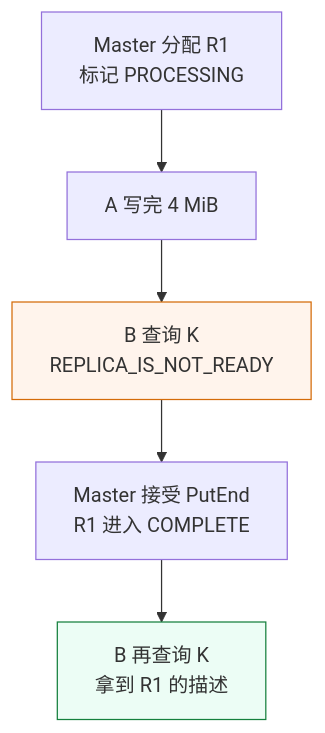
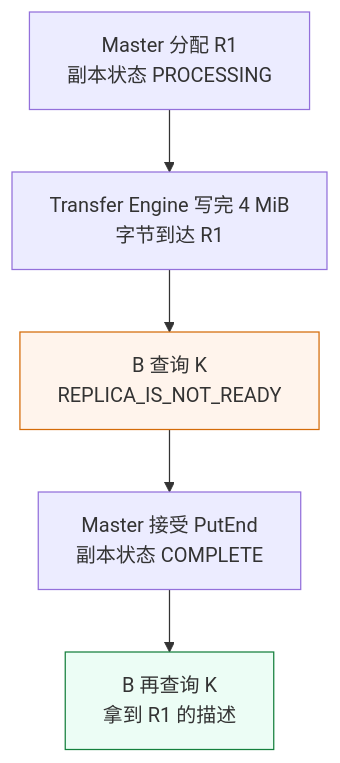
Before and after one commit to Hansyangxingxiang/Mooncake: the diagram in mooncake-kv-cache-series/wechat/03-put-visibility.md, drawn with Mermaid. The commit also changed other lines of this file and 10 other files, not shown here.

````diff
--- a/mooncake-kv-cache-series/wechat/03-put-visibility.md
+++ b/mooncake-kv-cache-series/wechat/03-put-visibility.md
@@ -17,12 +19,12 @@
 ```mermaid
 flowchart TB
-    S["Master 分配 R1<br/>标记 PROCESSING"]
-    W["A 写完 4 MiB"]
+    S["Master 分配 R1<br/>副本状态 PROCESSING"]
+    W["Transfer Engine 写完 4 MiB<br/>字节到达 R1"]
     Q1["B 查询 K<br/>REPLICA_IS_NOT_READY"]
-    E["Master 接受 PutEnd<br/>R1 进入 COMPLETE"]
+    E["Master 接受 PutEnd<br/>副本状态 COMPLETE"]
     Q2["B 再查询 K<br/>拿到 R1 的描述"]
 
     S --> W --> Q1 --> E --> Q2
     style Q1 fill:#FFF4EC,stroke:#D46B08
     style Q2 fill:#ECFDF5,stroke:#15803D
 ```
````
